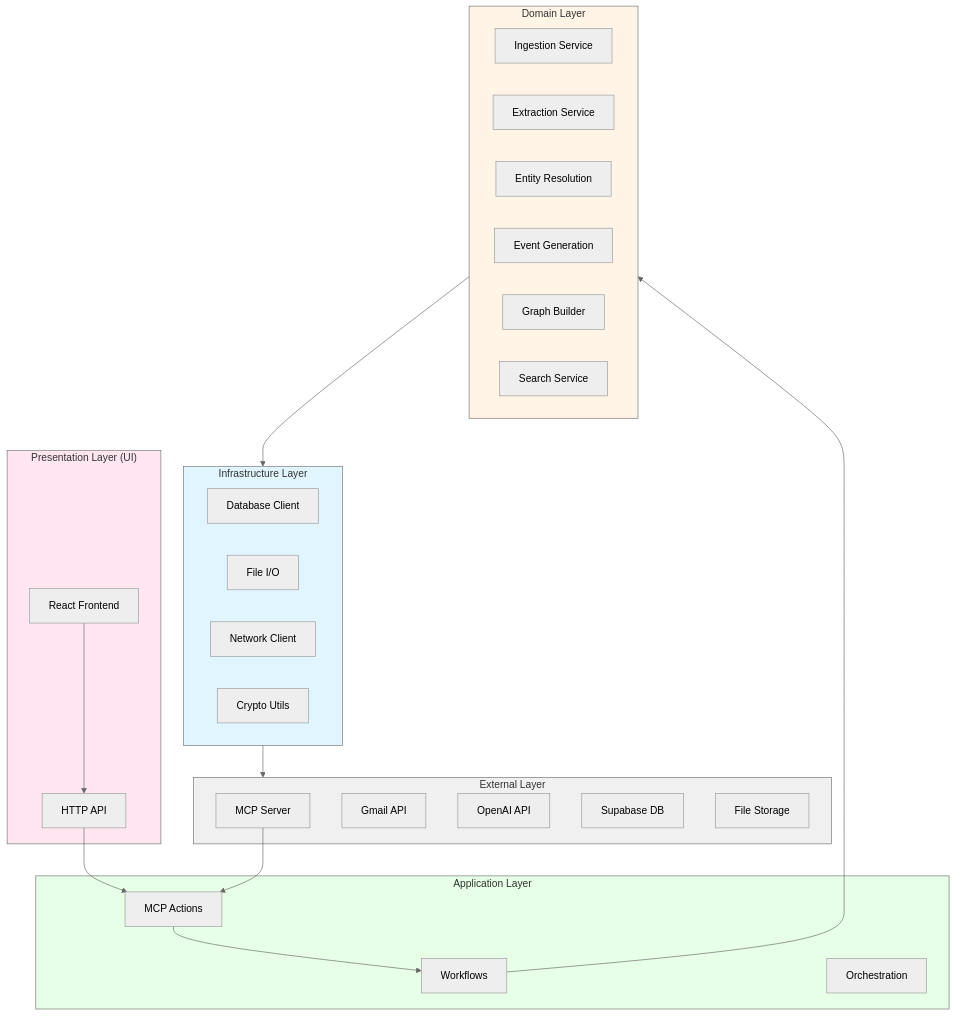
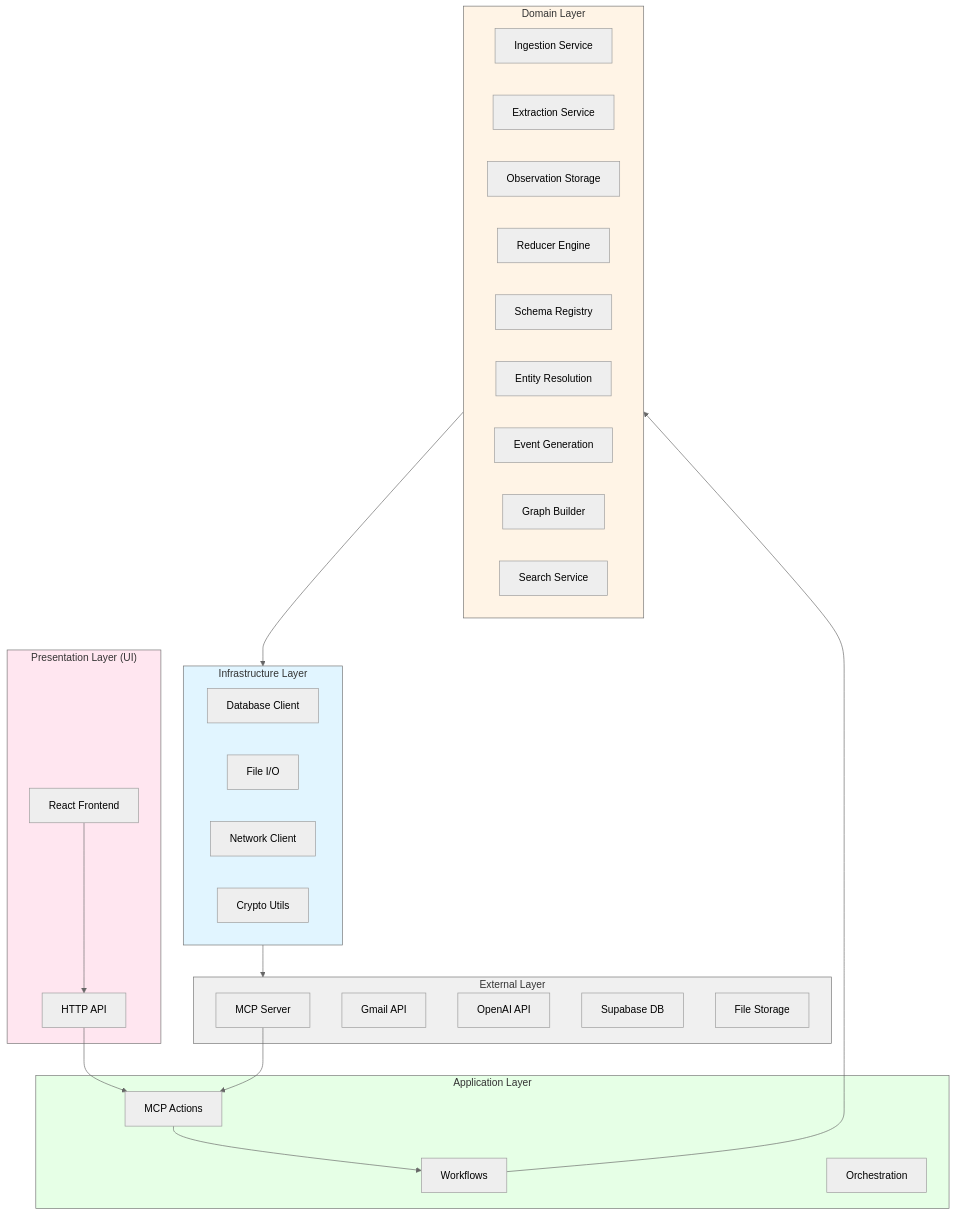
Before and after one commit to markmhendrickson/neotoma: the third of 7 diagrams in docs/architecture/architecture.md, drawn with Mermaid. The commit also changed other lines of this file and 58 other files, not shown here.

````diff
--- a/docs/architecture/architecture.md
+++ b/docs/architecture/architecture.md
@@ -111,53 +317,56 @@
 ```mermaid
 %%{init: {'theme':'neutral'}}%%
 flowchart TD
     subgraph External["External Layer"]
         MCP[MCP Server]
         Gmail[Gmail API]
         OpenAI[OpenAI API]
         Supabase[Supabase DB]
         Storage[File Storage]
     end
-    
+
     subgraph Infrastructure["Infrastructure Layer"]
         DB[Database Client]
         FileIO[File I/O]
         Network[Network Client]
         Crypto[Crypto Utils]
     end
-    
+
     subgraph Domain["Domain Layer"]
         Ingestion[Ingestion Service]
         Extraction[Extraction Service]
+        ObservationStorage[Observation Storage]
+        ReducerEngine[Reducer Engine]
+        SchemaRegistry[Schema Registry]
         EntityRes[Entity Resolution]
         EventGen[Event Generation]
         GraphBuilder[Graph Builder]
         SearchSvc[Search Service]
     end
-    
+
     subgraph Application["Application Layer"]
         Actions[MCP Actions]
         Workflows[Workflows]
         Orchestration[Orchestration]
     end
-    
+
     subgraph Presentation["Presentation Layer (UI)"]
         Frontend[React Frontend]
         API[HTTP API]
     end
-    
+
     %% Connections
     Frontend --> API
     API --> Actions
     MCP --> Actions
     Actions --> Workflows
     Workflows --> Domain
     Domain --> Infrastructure
     Infrastructure --> External
-    
+
     style External fill:#f0f0f0
     style Infrastructure fill:#e1f5ff
     style Domain fill:#fff4e6
     style Application fill:#e6ffe6
     style Presentation fill:#ffe6f0
 ```
````
